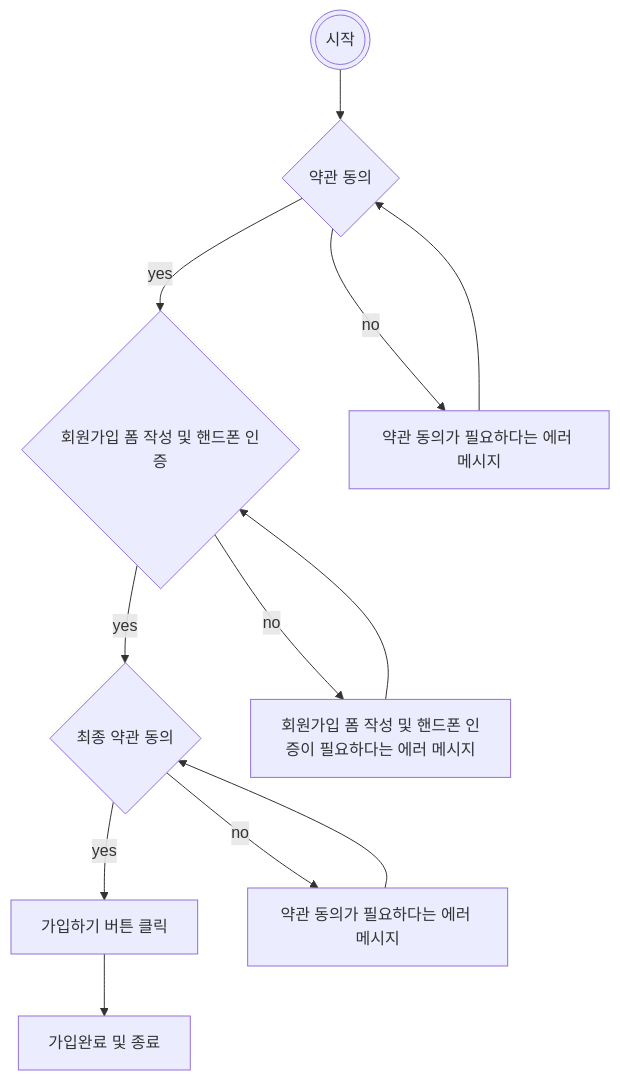
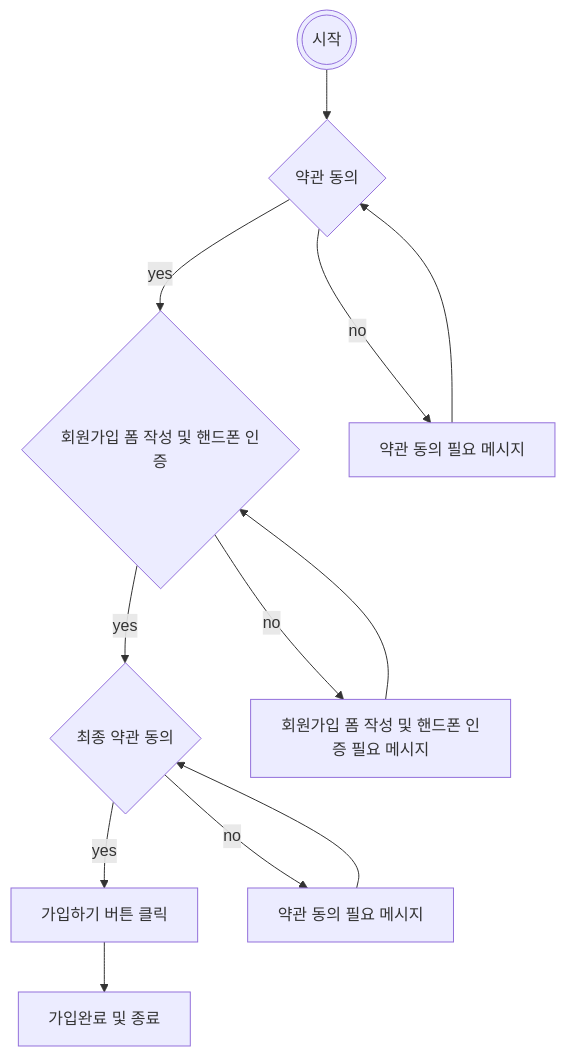
Before and after one commit to 95126m/OnboardingProject: the diagram in 회원가입/design/기능정의서.md, drawn with Mermaid.

Commit message:
에러 메시지 -> 필요 메지로 표현 수정

````diff
--- a/회원가입/design/기능정의서.md
+++ b/회원가입/design/기능정의서.md
@@ -49,14 +49,14 @@
 ```mermaid
     flowchart TD
     I(((시작))) --> A{약관 동의}
     A{약관 동의} -- yes --> B{회원가입 폼 작성}
-    A{약관 동의} -- no --> D[약관 동의가 필요하다는 에러 메시지]
-    D[약관 동의가 필요하다는 에러 메시지] --> A{약관 동의}
+    A{약관 동의} -- no --> D[약관 동의 필요 메시지]
+    D[약관 동의 필요 메시지] --> A{약관 동의}
     B{회원가입 폼 작성 및 핸드폰 인증} -- yes --> C{최종 약관 동의}
-    B{회원가입 폼 작성 및 핸드폰 인증} -- no -->  E[회원가입 폼 작성 및 핸드폰 인증이 필요하다는 에러 메시지]
-    E[회원가입 폼 작성 및 핸드폰 인증이 필요하다는 에러 메시지] --> B{회원가입 폼 작성 및 핸드폰 인증}
+    B{회원가입 폼 작성 및 핸드폰 인증} -- no -->  E[회원가입 폼 작성 및 핸드폰 인증 필요 메시지]
+    E[회원가입 폼 작성 및 핸드폰 인증 필요 메시지] --> B{회원가입 폼 작성 및 핸드폰 인증}
     C{최종 약관 동의} -- yes  --> G[가입하기 버튼 클릭]
-    C{최종 약관 동의}-- no -->  F[약관 동의가 필요하다는 에러 메시지]
-    F[약관 동의가 필요하다는 에러 메시지]--> C{최종 약관 동의}
+    C{최종 약관 동의}-- no -->  F[약관 동의 필요 메시지]
+    F[약관 동의 필요 메시지]--> C{최종 약관 동의}
     G[가입하기 버튼 클릭] --> H[가입완료 및 종료]
 ```
````
